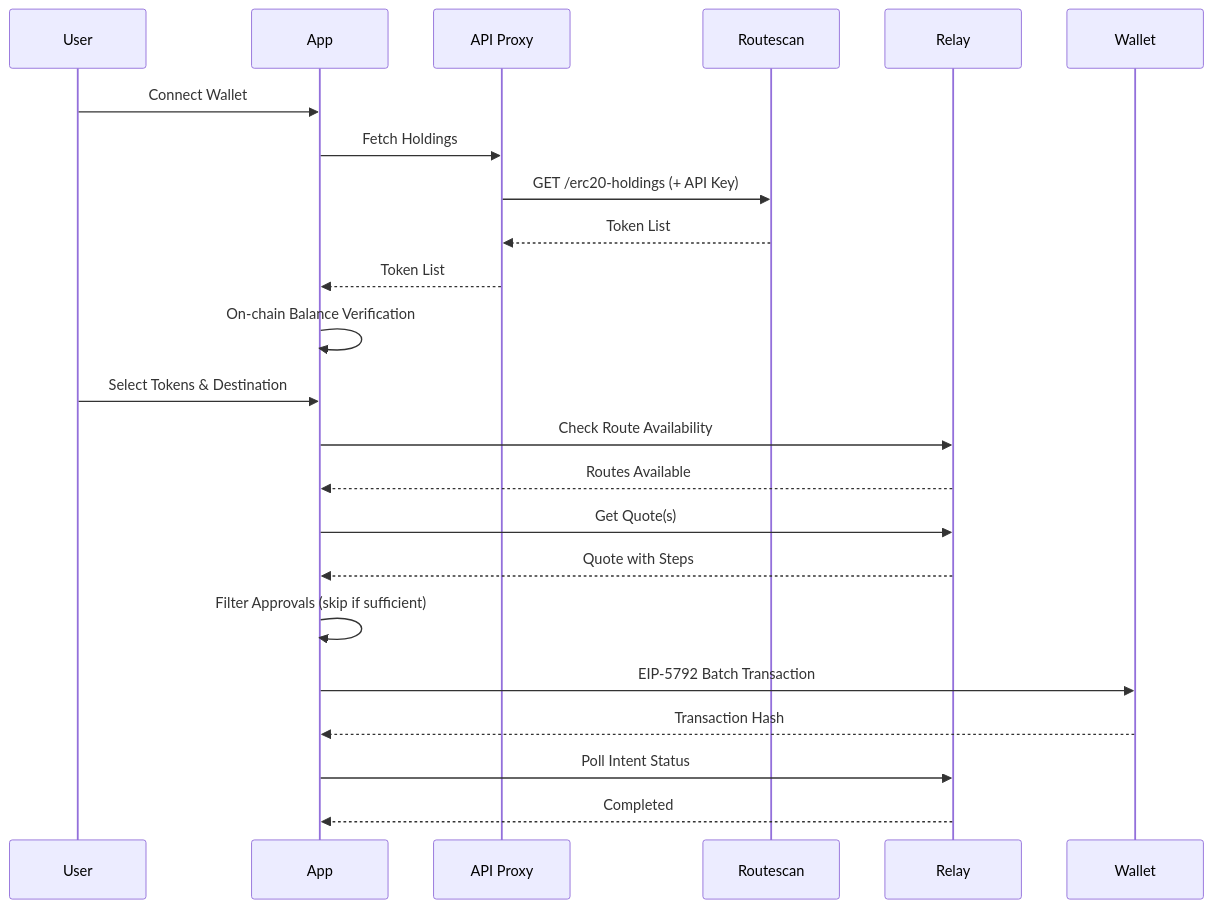
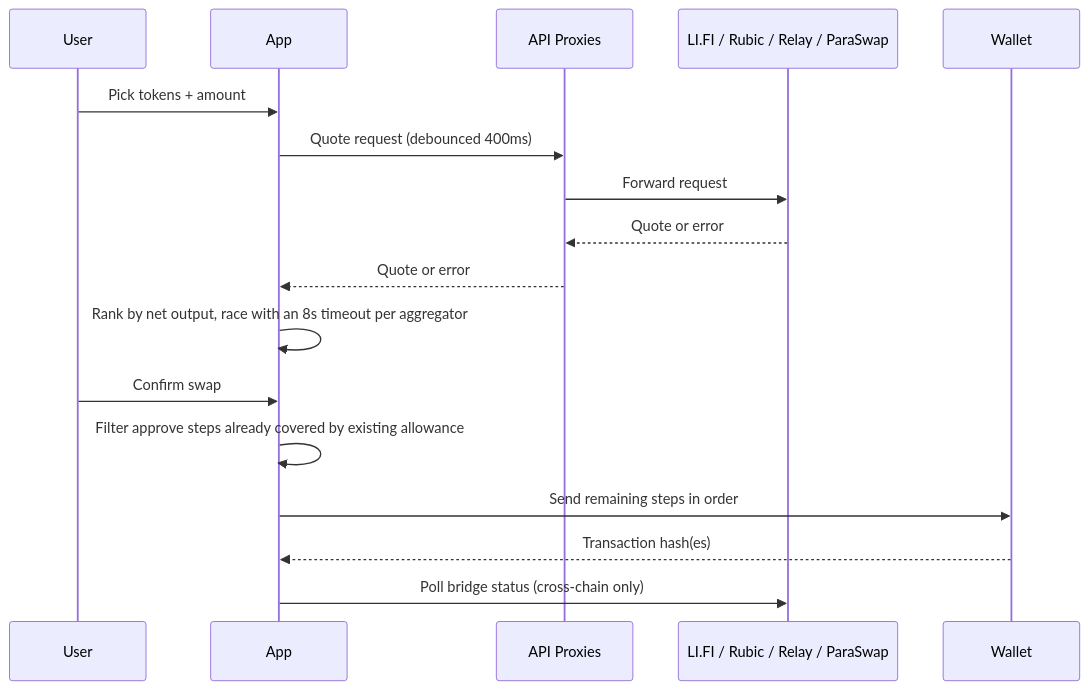
Before and after one commit to Sebuska29190/batchbridge: the second of 2 diagrams in README.md, drawn with Mermaid. The commit also changed other lines of this file and 1 other file, not shown here.

First line of the commit message:
docs: rewrite README for the multi-chain DEX rebuild (Task 42)

````diff
--- a/README.md
+++ b/README.md
@@ -110,26 +97,20 @@
 ```mermaid
 sequenceDiagram
     participant User
     participant App
-    participant Proxy as API Proxy
-    participant Routescan
-    participant Relay
+    participant Proxies as API Proxies
+    participant Aggregators as LI.FI / Rubic / Relay / ParaSwap
     participant Wallet
 
-    User->>App: Connect Wallet
-    App->>Proxy: Fetch Holdings
-    Proxy->>Routescan: GET /erc20-holdings (+ API Key)
-    Routescan-->>Proxy: Token List
-    Proxy-->>App: Token List
-    App->>App: On-chain Balance Verification
-    User->>App: Select Tokens & Destination
-    App->>Relay: Check Route Availability
-    Relay-->>App: Routes Available
-    App->>Relay: Get Quote(s)
-    Relay-->>App: Quote with Steps
-    App->>App: Filter Approvals (skip if sufficient)
-    App->>Wallet: EIP-5792 Batch Transaction
-    Wallet-->>App: Transaction Hash
-    App->>Relay: Poll Intent Status
-    Relay-->>App: Completed
+    User->>App: Pick tokens + amount
+    App->>Proxies: Quote request (debounced 400ms)
+    Proxies->>Aggregators: Forward request
+    Aggregators-->>Proxies: Quote or error
+    Proxies-->>App: Quote or error
+    App->>App: Rank by net output, race with an 8s timeout per aggregator
+    User->>App: Confirm swap
+    App->>App: Filter approve steps already covered by existing allowance
+    App->>Wallet: Send remaining steps in order
+    Wallet-->>App: Transaction hash(es)
+    App->>Aggregators: Poll bridge status (cross-chain only)
 ```
````
